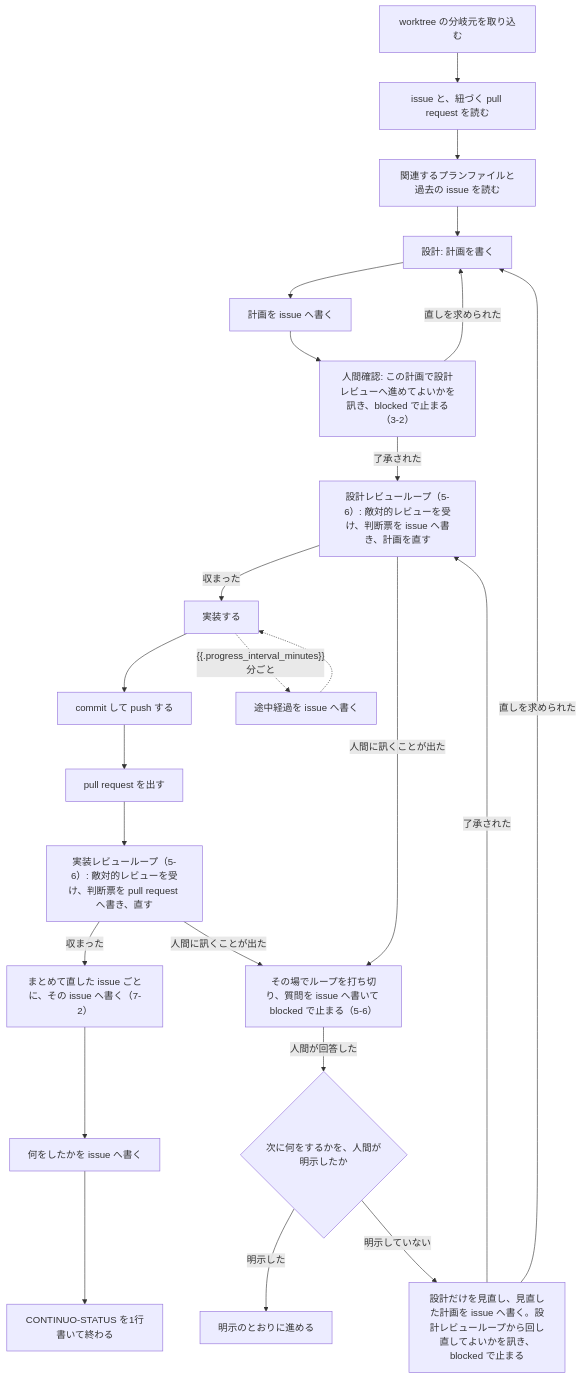
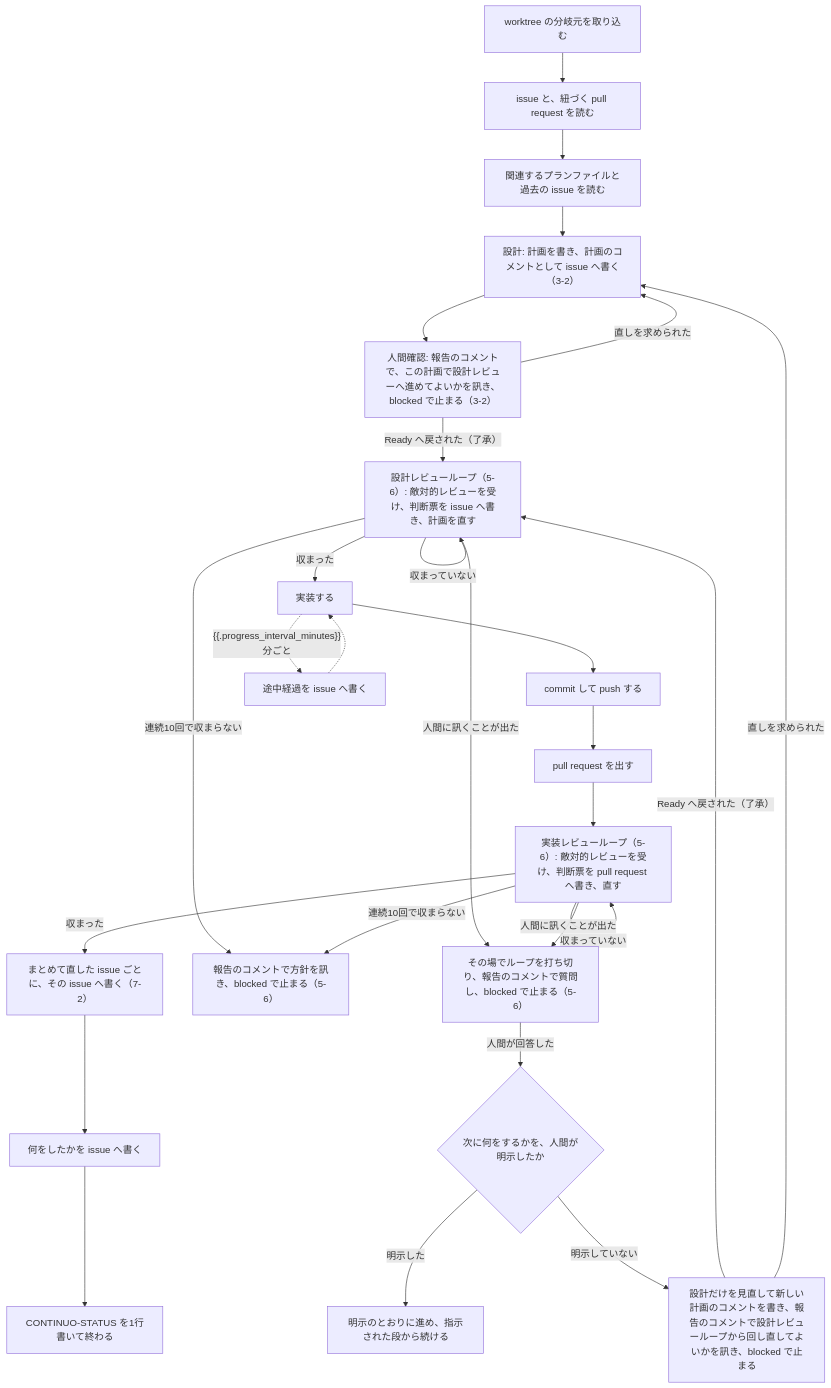
Before and after one commit to maimuzo/continuo: the first of 2 diagrams in internal/prompt/builtin.md, drawn with Mermaid. The commit also changed other lines of this file and 6 other files, not shown here.

````diff
--- a/internal/prompt/builtin.md
+++ b/internal/prompt/builtin.md
@@ -19,26 +19,29 @@
 ```mermaid
 flowchart TD
     Z["worktree の分岐元を取り込む"] --> A["issue と、紐づく pull request を読む"]
     A --> B["関連するプランファイルと過去の issue を読む"]
-    B --> C["設計: 計画を書く"]
-    C --> C2["計画を issue へ書く"]
-    C2 --> HC["人間確認: この計画で設計レビューへ進めてよいかを訊き、blocked で止まる（3-2）"]
+    B --> C["設計: 計画を書き、計画のコメントとして issue へ書く（3-2）"]
+    C --> HC["人間確認: 報告のコメントで、この計画で設計レビューへ進めてよいかを訊き、blocked で止まる（3-2）"]
     HC -- "直しを求められた" --> C
-    HC -- "了承された" --> D["設計レビューループ（5-6）: 敵対的レビューを受け、判断票を issue へ書き、計画を直す"]
+    HC -- "Ready へ戻された（了承）" --> D["設計レビューループ（5-6）: 敵対的レビューを受け、判断票を issue へ書き、計画を直す"]
+    D -- "収まっていない" --> D
     D -- "収まった" --> F["実装する"]
     F --> G["commit して push する"]
     G --> H["pull request を出す"]
     H --> I["実装レビューループ（5-6）: 敵対的レビューを受け、判断票を pull request へ書き、直す"]
+    I -- "収まっていない" --> I
     I -- "収まった" --> J2["まとめて直した issue ごとに、その issue へ書く（7-2）"]
     J2 --> K["何をしたかを issue へ書く"]
     K --> L["CONTINUO-STATUS を1行書いて終わる"]
-    D -- "人間に訊くことが出た" --> Q["その場でループを打ち切り、質問を issue へ書いて blocked で止まる（5-6）"]
+    D -- "連続10回で収まらない" --> X["報告のコメントで方針を訊き、blocked で止まる（5-6）"]
+    I -- "連続10回で収まらない" --> X
+    D -- "人間に訊くことが出た" --> Q["その場でループを打ち切り、報告のコメントで質問し、blocked で止まる（5-6）"]
     I -- "人間に訊くことが出た" --> Q
     Q -- "人間が回答した" --> R{"次に何をするかを、人間が明示したか"}
-    R -- "明示した" --> R1["明示のとおりに進める"]
-    R -- "明示していない" --> R2["設計だけを見直し、見直した計画を issue へ書く。設計レビューループから回し直してよいかを訊き、blocked で止まる"]
-    R2 -- "了承された" --> D
+    R -- "明示した" --> R1["明示のとおりに進め、指示された段から続ける"]
+    R -- "明示していない" --> R2["設計だけを見直して新しい計画のコメントを書き、報告のコメントで設計レビューループから回し直してよいかを訊き、blocked で止まる"]
+    R2 -- "Ready へ戻された（了承）" --> D
     R2 -- "直しを求められた" --> C
     F -. "{{.progress_interval_minutes}}分ごと" .-> M["途中経過を issue へ書く"]
     M -.-> F
 ```
````
